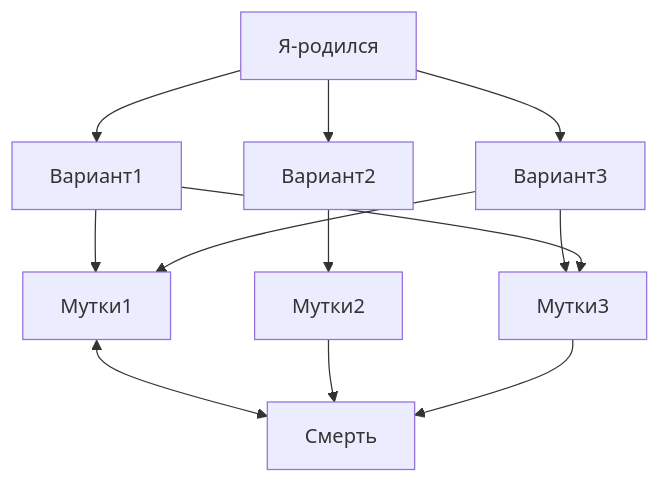
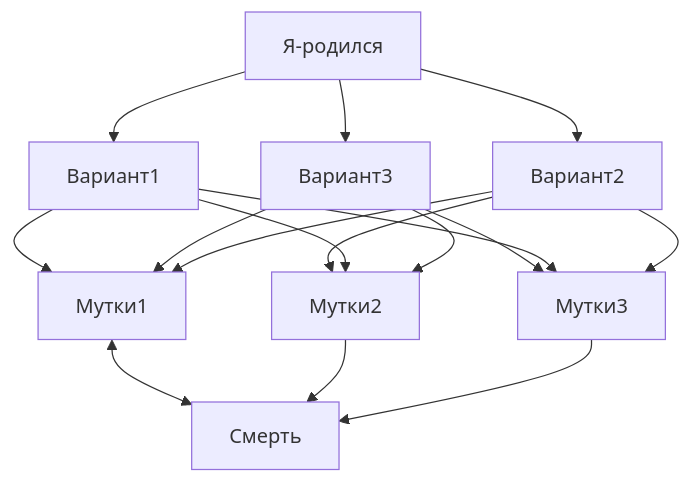
Before and after one commit to kev1971/kev1971: the diagram in README.md, drawn with Mermaid. The commit also changed other lines of this file, not shown here.

Commit message:
Add new resources and options to README
Изменения в диаграме

````diff
--- a/README.md
+++ b/README.md
@@ -88,17 +91,24 @@
 ```mermaid
 graph TD;
     Я-родился-->Вариант1;
     Я-родился-->Вариант2;
     Я-родился-->Вариант3;
     Вариант1-->Мутки1;
     Вариант2-->Мутки2;
     Вариант3-->Мутки3;
 
     Вариант1-->Мутки3;
     Вариант3-->Мутки1;
 
+    Вариант2-->Мутки1;
+    Вариант2-->Мутки3;
+
+    Вариант1-->Мутки2;
+    Вариант3-->Мутки2;
+
+
     Мутки1<-->Смерть;
     Мутки2-->Смерть;
     Мутки3-->Смерть;
     
 ```
````
